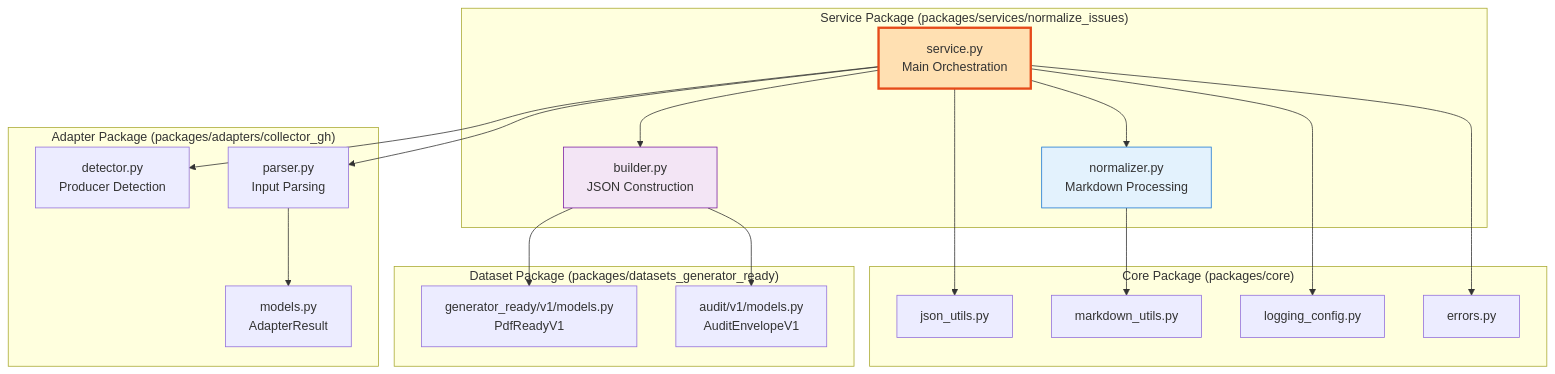
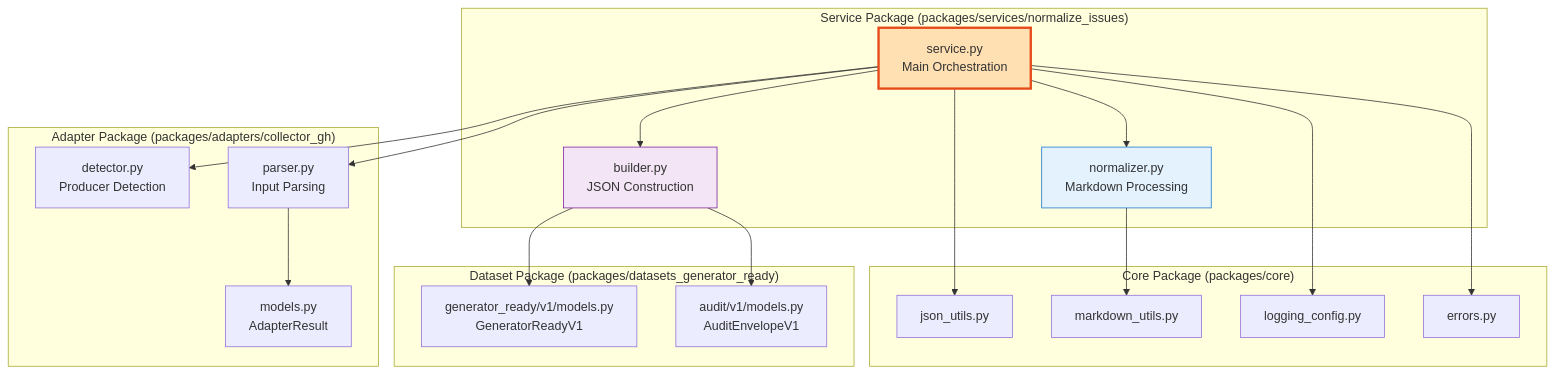
One commit to AbsaOSS/living-doc-toolkit changed the fifth of 11 diagrams in docs/architecture.md. Above: the diagram before and after it, drawn with Mermaid. The commit also changed 14 other files, not shown here.

First line of the commit message:
feat: rename canonical artifact/schema/package to generator-ready

````diff
--- a/docs/architecture.md
+++ b/docs/architecture.md
@@ -224,45 +224,45 @@
 ```mermaid
 graph TB
     subgraph "Service Package (packages/services/normalize_issues)"
         ServiceEntry[service.py<br/>Main Orchestration]
         Normalizer[normalizer.py<br/>Markdown Processing]
         Builder[builder.py<br/>JSON Construction]
     end
     
     subgraph "Core Package (packages/core)"
         JsonUtils[json_utils.py]
         MarkdownUtils[markdown_utils.py]
         LoggingConfig[logging_config.py]
         Errors[errors.py]
     end
     
     subgraph "Adapter Package (packages/adapters/collector_gh)"
         Detector[detector.py<br/>Producer Detection]
         Parser[parser.py<br/>Input Parsing]
         AdapterModels[models.py<br/>AdapterResult]
     end
     
     subgraph "Dataset Package (packages/datasets_generator_ready)"
-        GeneratorReadyModels[generator_ready/v1/models.py<br/>PdfReadyV1]
+        GeneratorReadyModels[generator_ready/v1/models.py<br/>GeneratorReadyV1]
         AuditModels[audit/v1/models.py<br/>AuditEnvelopeV1]
     end
     
     ServiceEntry --> Normalizer
     ServiceEntry --> Builder
     ServiceEntry --> Detector
     ServiceEntry --> Parser
     
     Normalizer --> MarkdownUtils
     Builder --> GeneratorReadyModels
     Builder --> AuditModels
     
     ServiceEntry --> JsonUtils
     ServiceEntry --> LoggingConfig
     ServiceEntry --> Errors
     
     Parser --> AdapterModels
     
     style ServiceEntry fill:#ffe0b2,stroke:#e64a19,stroke-width:3px
     style Normalizer fill:#e3f2fd,stroke:#1976d2
     style Builder fill:#f3e5f5,stroke:#7b1fa2
 ```
````
